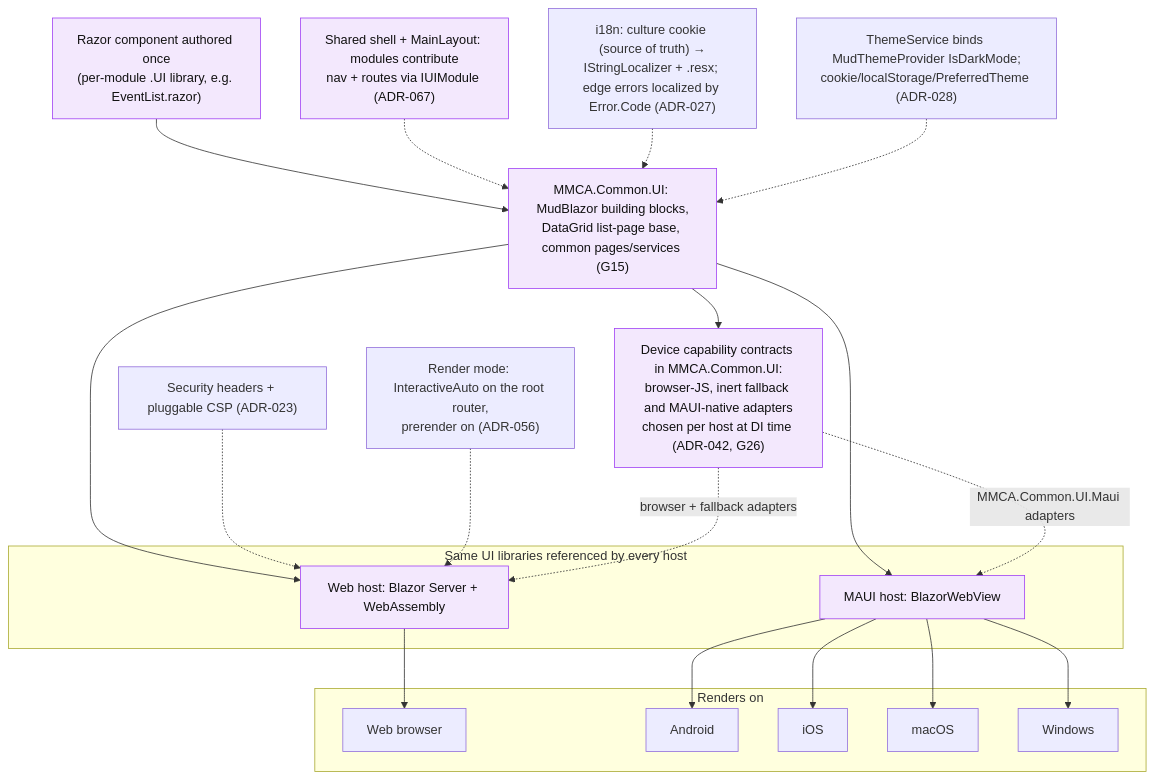
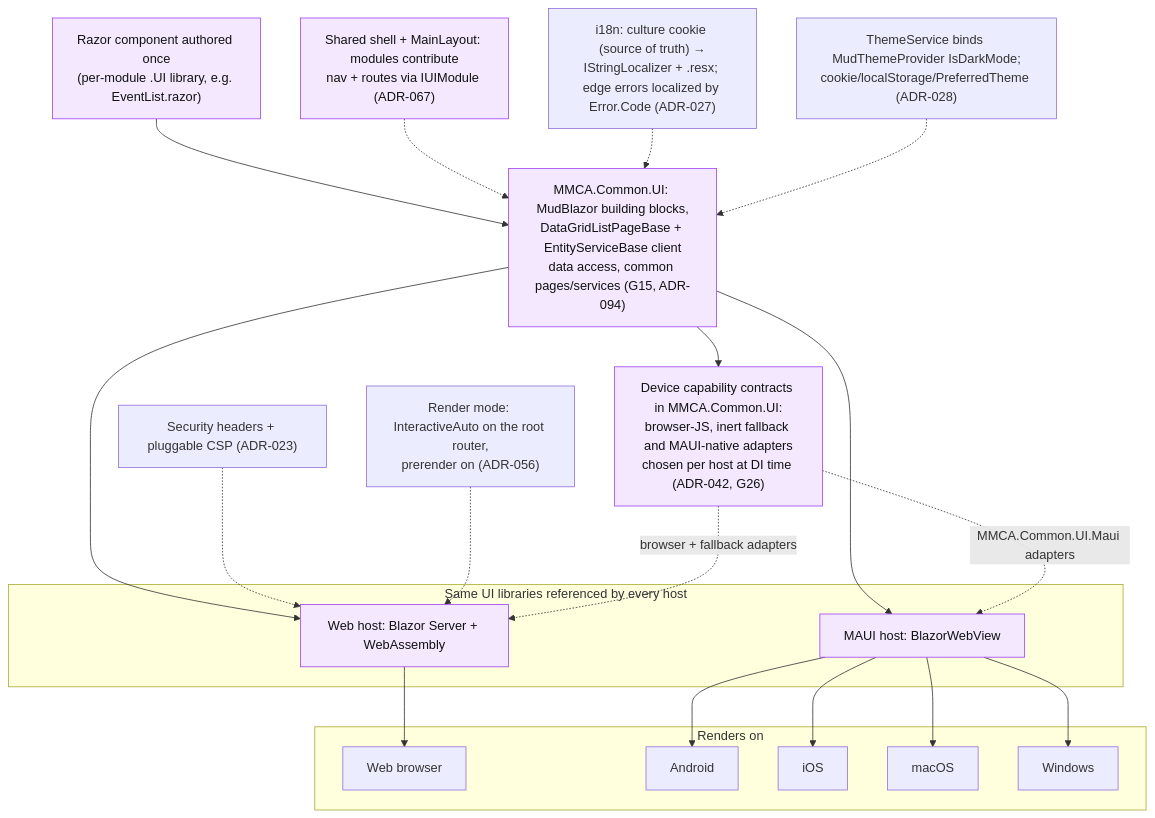
Diagram 11 of 15 in docs-src/onboarding/CONCEPT-MAPS.md (ivanball/ivanball.github.io), drawn with Mermaid before and after one commit. The commit also changed other lines of this file and 79 other files, not shown here.

````diff
--- a/docs-src/onboarding/CONCEPT-MAPS.md
+++ b/docs-src/onboarding/CONCEPT-MAPS.md
@@ -576,42 +600,42 @@
 ```mermaid
 flowchart TD
     PAGE["Razor component authored once<br/>(per-module .UI library, e.g. EventList.razor)"]
-    COMMONUI["MMCA.Common.UI: MudBlazor building blocks,<br/>DataGrid list-page base, common pages/services (G15)"]
+    COMMONUI["MMCA.Common.UI: MudBlazor building blocks,<br/>DataGridListPageBase + EntityServiceBase client<br/>data access, common pages/services (G15, ADR-094)"]
     SHELL["Shared shell + MainLayout: modules contribute<br/>nav + routes via IUIModule (ADR-067)"]
 
     subgraph HOSTS["Same UI libraries referenced by every host"]
         WEB["Web host: Blazor Server + WebAssembly"]
         MAUI["MAUI host: BlazorWebView"]
     end
 
     subgraph TARGETS["Renders on"]
         BROWSER["Web browser"]
         AND["Android"]
         IOS["iOS"]
         MAC["macOS"]
         WIN["Windows"]
     end
 
     I18N["i18n: culture cookie (source of truth) →<br/>IStringLocalizer + .resx; edge errors localized by Error.Code (ADR-027)"]
     THEME["ThemeService binds MudThemeProvider IsDarkMode;<br/>cookie/localStorage/PreferredTheme (ADR-028)"]
     CSP["Security headers + pluggable CSP (ADR-023)"]
     RM["Render mode: InteractiveAuto on the root router,<br/>prerender on (ADR-056)"]
     CAP["Device capability contracts in MMCA.Common.UI:<br/>browser-JS, inert fallback and MAUI-native adapters<br/>chosen per host at DI time (ADR-042, G26)"]
 
     PAGE --> COMMONUI
     COMMONUI --> WEB
     COMMONUI --> MAUI
     WEB --> BROWSER
     MAUI --> AND & IOS & MAC & WIN
     SHELL -.-> COMMONUI
     I18N -.-> COMMONUI
     THEME -.-> COMMONUI
     CSP -.-> WEB
     RM -.-> WEB
     COMMONUI --> CAP
     CAP -.->|"browser + fallback adapters"| WEB
     CAP -.->|"MMCA.Common.UI.Maui adapters"| MAUI
 
     classDef u fill:#f3e8fd,stroke:#a142f4,color:#111
     class PAGE,COMMONUI,SHELL,WEB,MAUI,CAP u
 ```
````
